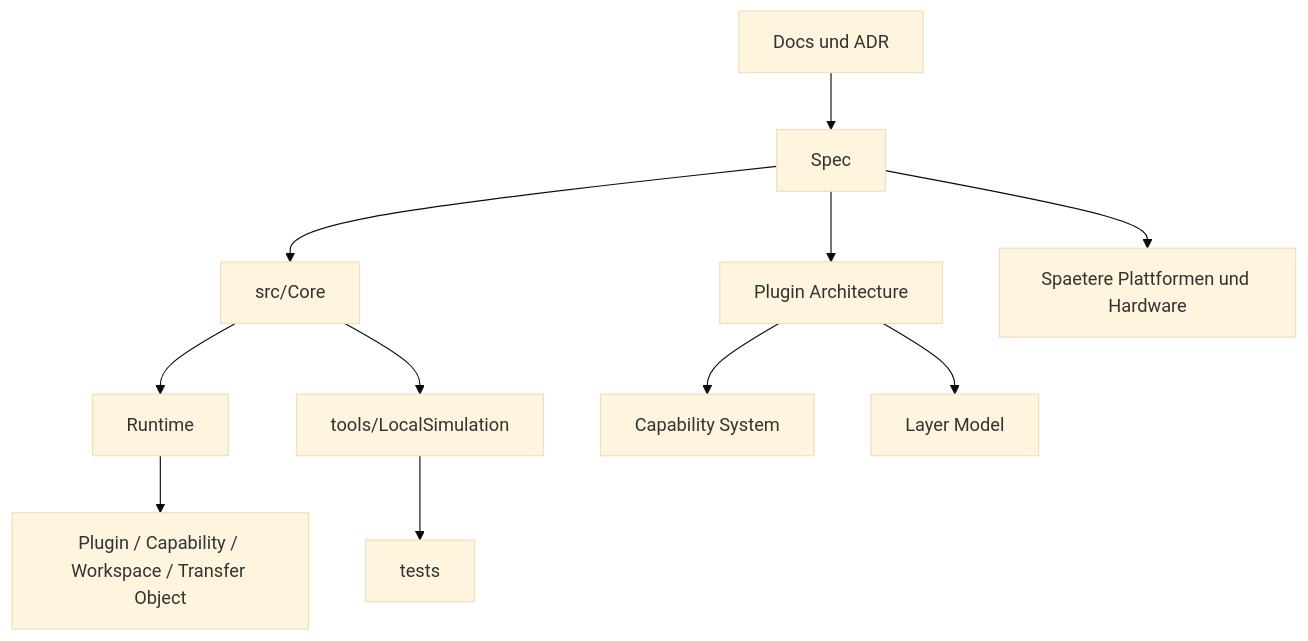
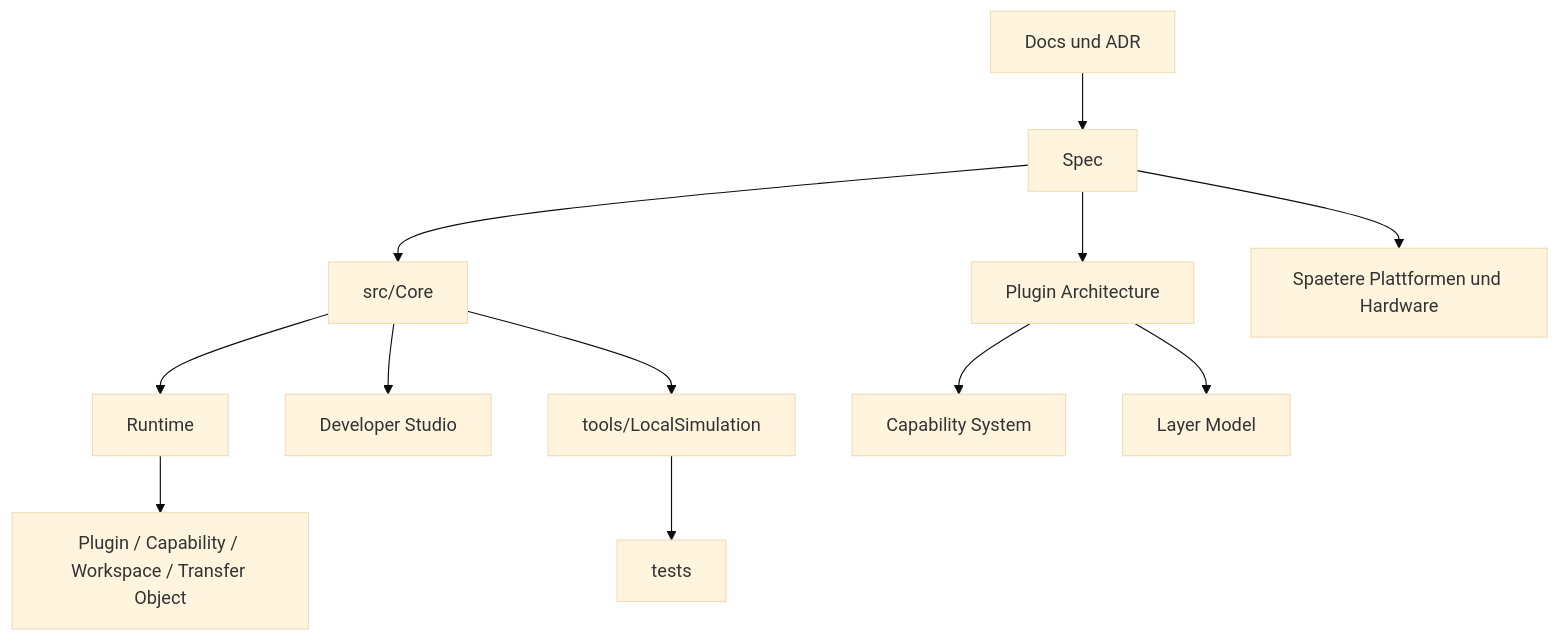
The diagram in README.md (rk-engineeringAToutlook-de/RKWorkspace), drawn with Mermaid (base theme) before and after one commit. The commit also changed other lines of this file and 13 other files, not shown here.

Commit message:
feat(tools): add developer workspace studio

````diff
--- a/README.md
+++ b/README.md
@@ -55,13 +56,14 @@
 ```mermaid
 flowchart TB
     Docs["Docs und ADR"] --> Spec["Spec"]
     Spec --> Core["src/Core"]
     Core --> Runtime["Runtime"]
     Runtime --> Managers["Plugin / Capability / Workspace / Transfer Object"]
     Spec --> Plugins["Plugin Architecture"]
     Plugins --> Capabilities["Capability System"]
     Plugins --> Layers["Layer Model"]
+    Core --> Studio["Developer Studio"]
     Core --> Simulation["tools/LocalSimulation"]
     Simulation --> Tests["tests"]
     Spec --> Future["Spaetere Plattformen und Hardware"]
 ```
````
